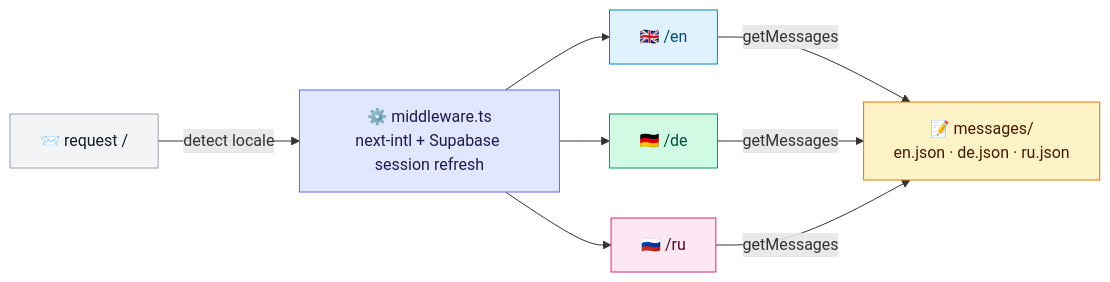
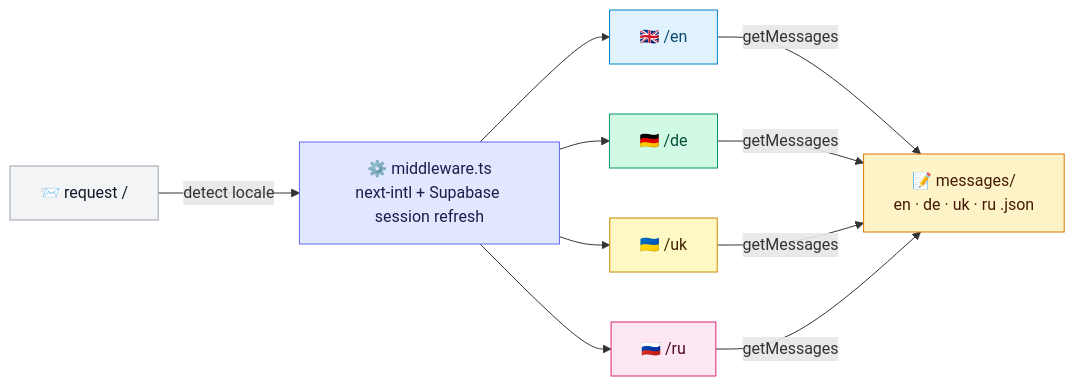
One commit to alexzhel-io/veloadout changed the tenth of 12 diagrams in docs/architecture.md. Above: the diagram before and after it, drawn with Mermaid. The commit also changed other lines of this file and 2 other files, not shown here.

First line of the commit message:
docs: refresh requirements/architecture/operations for recent changes

````diff
--- a/docs/architecture.md
+++ b/docs/architecture.md
@@ -759,22 +795,25 @@
 ```mermaid
 graph LR
     REQ["📨 request /"]
     MW["⚙️ middleware.ts<br>next-intl + Supabase session refresh"]
     EN["🇬🇧 /en"]
     DE["🇩🇪 /de"]
+    UK["🇺🇦 /uk"]
     RU["🇷🇺 /ru"]
-    MSG["📝 messages/<br>en.json · de.json · ru.json"]
+    MSG["📝 messages/<br>en · de · uk · ru .json"]
 
     REQ -->|detect locale| MW
     MW --> EN
     MW --> DE
+    MW --> UK
     MW --> RU
-    EN & DE & RU -->|getMessages| MSG
+    EN & DE & UK & RU -->|getMessages| MSG
 
     style REQ fill:#f3f4f6,stroke:#9ca3af,color:#111827
     style MW fill:#e0e7ff,stroke:#6366f1,color:#1e1b4b
     style EN fill:#e0f2fe,stroke:#0284c7,color:#0c4a6e
     style DE fill:#d1fae5,stroke:#059669,color:#064e3b
+    style UK fill:#fef9c3,stroke:#ca8a04,color:#422006
     style RU fill:#fce7f3,stroke:#db2777,color:#500724
     style MSG fill:#fef3c7,stroke:#d97706,color:#451a03
 ```
````
